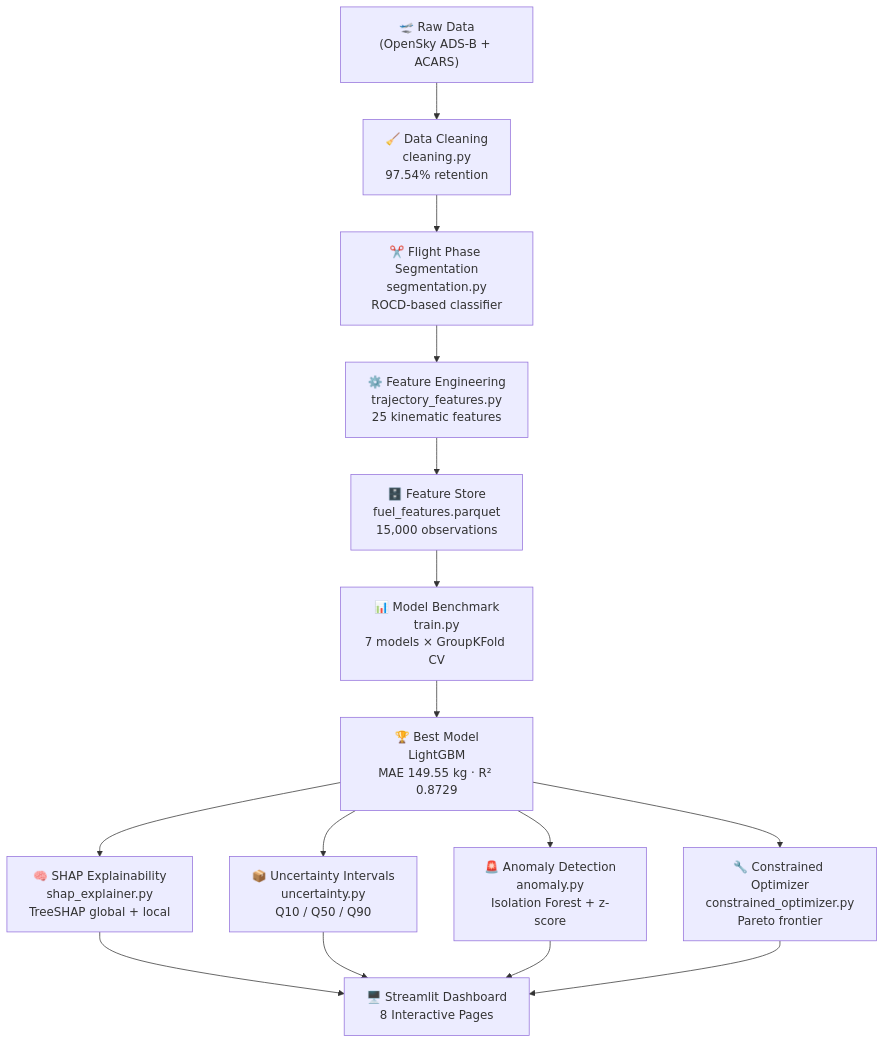
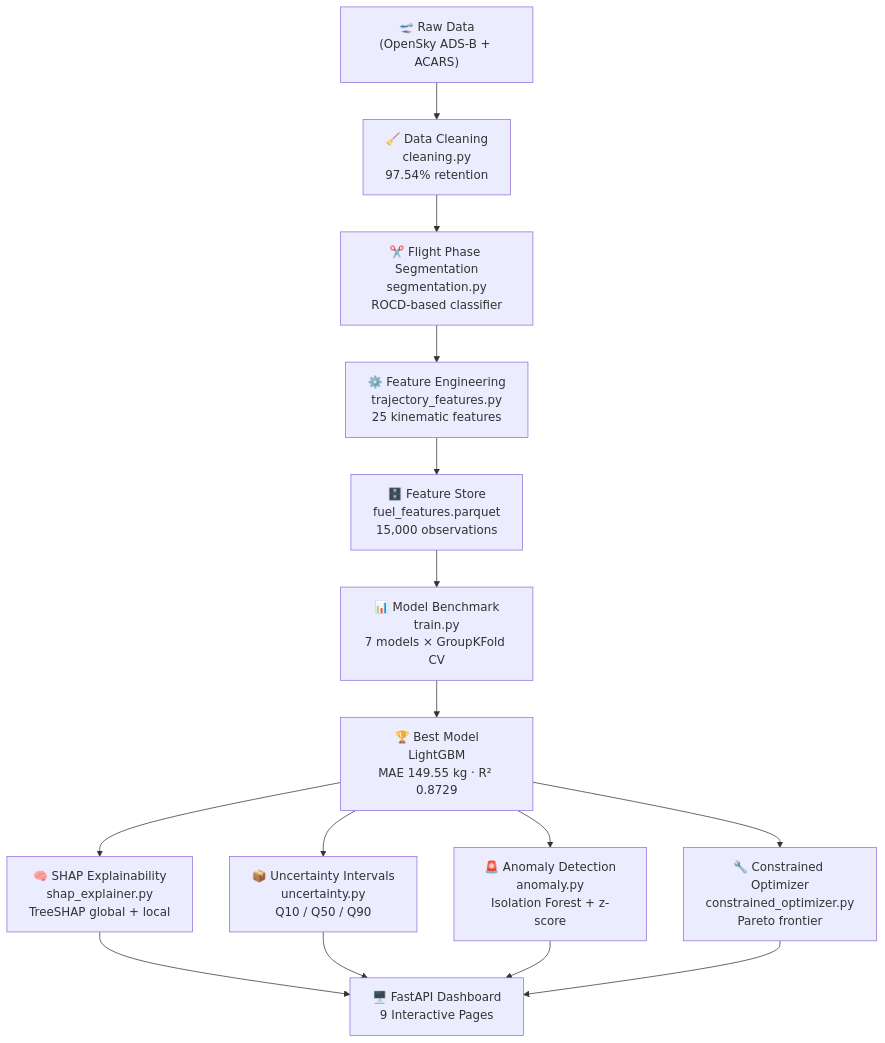
The first of 4 diagrams in README.md (tayade-aniket/flight_fuel_optimization_assistant), drawn with Mermaid before and after one commit. The commit also changed other lines of this file and 1 other file, not shown here.

````diff
--- a/README.md
+++ b/README.md
@@ -40,20 +39,20 @@
 ```mermaid
 flowchart TD
     A["🛫 Raw Data\n(OpenSky ADS-B + ACARS)"] --> B["🧹 Data Cleaning\ncleaning.py\n97.54% retention"]
     B --> C["✂️ Flight Phase Segmentation\nsegmentation.py\nROCD-based classifier"]
     C --> D["⚙️ Feature Engineering\ntrajectory_features.py\n25 kinematic features"]
     D --> E["🗄️ Feature Store\nfuel_features.parquet\n15,000 observations"]
 
     E --> F["📊 Model Benchmark\ntrain.py\n7 models × GroupKFold CV"]
     F --> G["🏆 Best Model\nLightGBM\nMAE 149.55 kg · R² 0.8729"]
 
     G --> H["🧠 SHAP Explainability\nshap_explainer.py\nTreeSHAP global + local"]
     G --> I["📦 Uncertainty Intervals\nuncertainty.py\nQ10 / Q50 / Q90"]
     G --> J["🚨 Anomaly Detection\nanomaly.py\nIsolation Forest + z-score"]
     G --> K["🔧 Constrained Optimizer\nconstrained_optimizer.py\nPareto frontier"]
 
-    H --> L["🖥️ Streamlit Dashboard\n8 Interactive Pages"]
+    H --> L["🖥️ FastAPI Dashboard\n9 Interactive Pages"]
     I --> L
     J --> L
     K --> L
 ```
````
